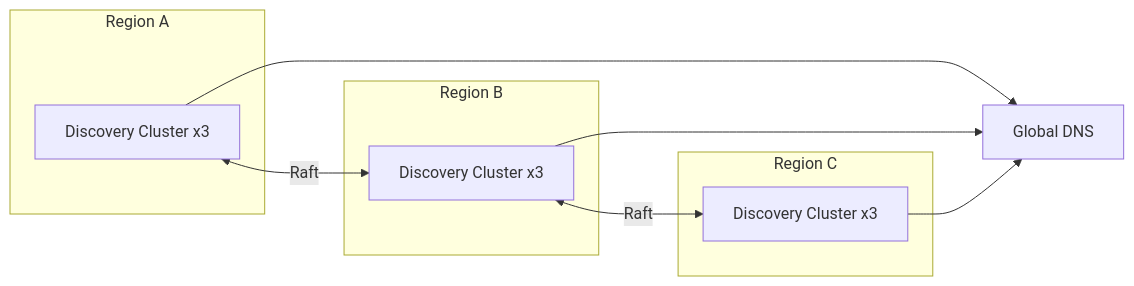
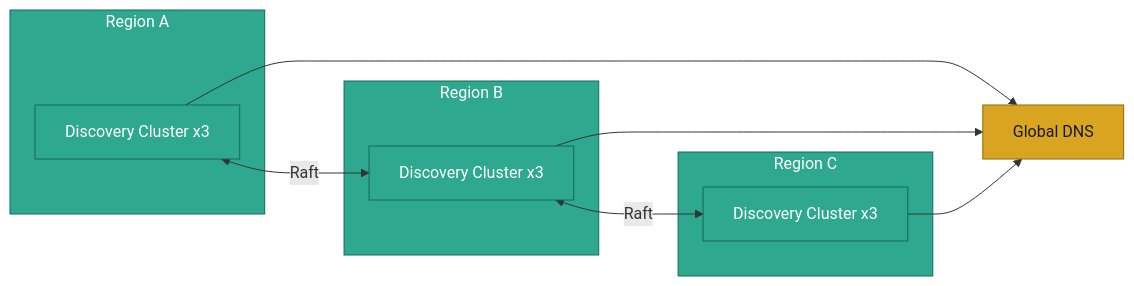
Before and after one commit to Pratyush576/CodingPractice: the second of 10 diagrams in lib/src/main/java/org/pk/practices/design/servicediscovery/DESIGN.md, drawn with Mermaid. The commit also changed other lines of this file and 5 other files, not shown here.

Commit message:
Enhanced the diagrams

````diff
--- a/lib/src/main/java/org/pk/practices/design/servicediscovery/DESIGN.md
+++ b/lib/src/main/java/org/pk/practices/design/servicediscovery/DESIGN.md
@@ -98,19 +109,24 @@
 ```mermaid
 flowchart LR
     subgraph RegionA["Region A"]
         A["Discovery Cluster x3"]
     end
     subgraph RegionB["Region B"]
         B["Discovery Cluster x3"]
     end
     subgraph RegionC["Region C"]
         C["Discovery Cluster x3"]
     end
     DNS["Global DNS"]
 
     A <-->|Raft| B
     B <-->|Raft| C
     A --> DNS
     B --> DNS
     C --> DNS
+
+    classDef cluster fill:#2ea88f,stroke:#146b58,color:#ffffff
+    classDef dns fill:#d9a521,stroke:#8a6a0f,color:#1a1a1a
+    class A,B,C cluster
+    class DNS dns
 ```
````
